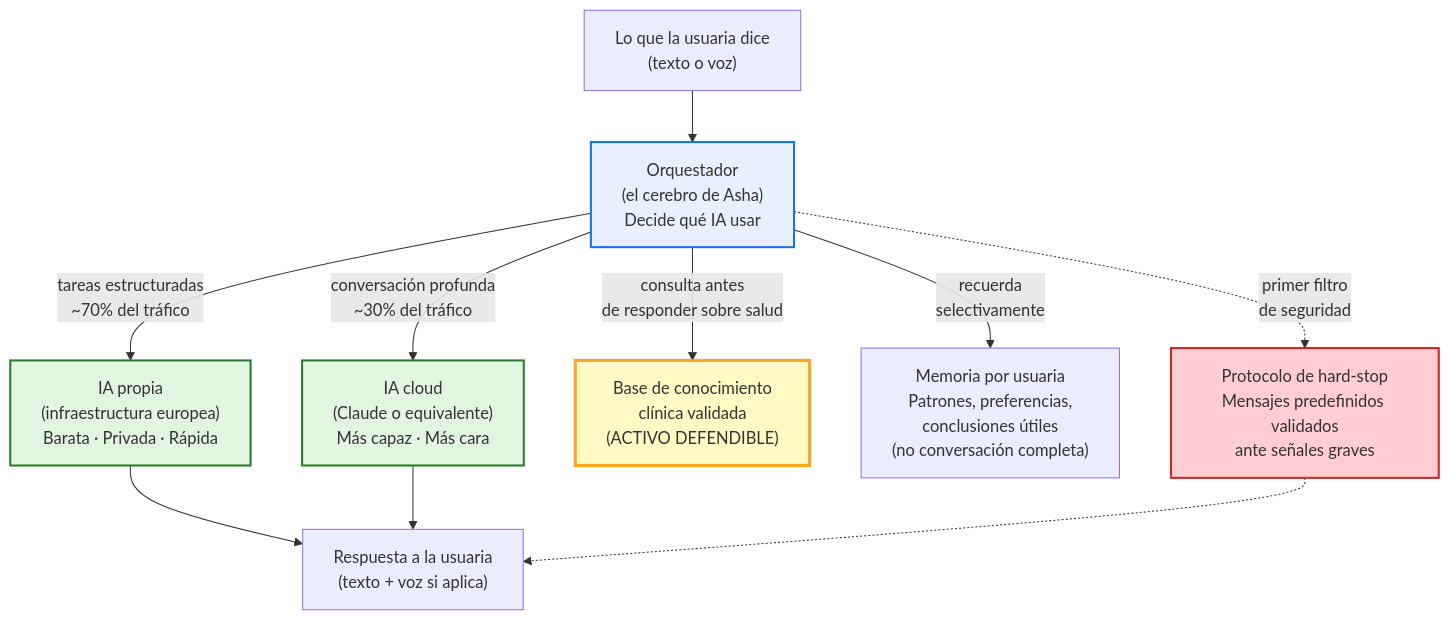
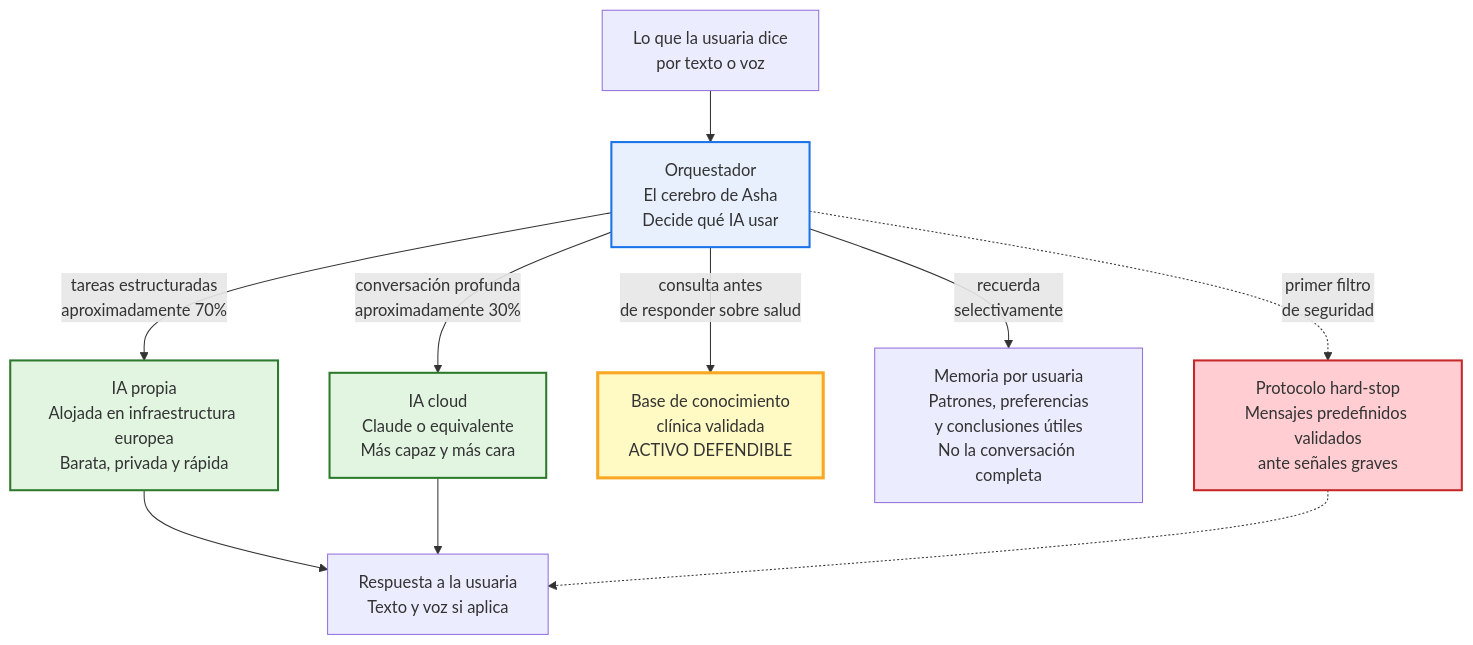
The second of 2 diagrams in docs/delivery/arquitectura-resumen-ejecutivo.md (asantolaria/Itabey), drawn with Mermaid before and after one commit. The commit also changed other lines of this file and 3 other files, not shown here.

````diff
--- a/docs/delivery/arquitectura-resumen-ejecutivo.md
+++ b/docs/delivery/arquitectura-resumen-ejecutivo.md
@@ -75,24 +75,24 @@
 ```mermaid
 flowchart TB
-    Input["Lo que la usuaria dice<br/>(texto o voz)"] --> Orch["Orquestador<br/>(el cerebro de Asha)<br/>Decide qué IA usar"]
+    Input["Lo que la usuaria dice<br/>por texto o voz"] --> Orch["Orquestador<br/>El cerebro de Asha<br/>Decide qué IA usar"]
 
-    Orch -->|tareas estructuradas<br/>~70% del tráfico| Local["IA propia<br/>(infraestructura europea)<br/>Barata · Privada · Rápida"]
+    Orch -->|tareas estructuradas<br/>aproximadamente 70%| Local["IA propia<br/>Alojada en infraestructura europea<br/>Barata, privada y rápida"]
 
-    Orch -->|conversación profunda<br/>~30% del tráfico| Cloud["IA cloud<br/>(Claude o equivalente)<br/>Más capaz · Más cara"]
+    Orch -->|conversación profunda<br/>aproximadamente 30%| Cloud["IA cloud<br/>Claude o equivalente<br/>Más capaz y más cara"]
 
-    Orch -->|consulta antes<br/>de responder sobre salud| KB["Base de conocimiento<br/>clínica validada<br/>(ACTIVO DEFENDIBLE)"]
+    Orch -->|consulta antes<br/>de responder sobre salud| KB["Base de conocimiento<br/>clínica validada<br/>ACTIVO DEFENDIBLE"]
 
-    Orch -->|recuerda<br/>selectivamente| Memory["Memoria por usuaria<br/>Patrones, preferencias,<br/>conclusiones útiles<br/>(no conversación completa)"]
+    Orch -->|recuerda<br/>selectivamente| Memory["Memoria por usuaria<br/>Patrones, preferencias<br/>y conclusiones útiles<br/>No la conversación completa"]
 
-    Orch -.->|primer filtro<br/>de seguridad| HardStop["Protocolo de hard-stop<br/>Mensajes predefinidos validados<br/>ante señales graves"]
+    Orch -.->|primer filtro<br/>de seguridad| HardStop["Protocolo hard-stop<br/>Mensajes predefinidos validados<br/>ante señales graves"]
 
-    Local --> Response["Respuesta a la usuaria<br/>(texto + voz si aplica)"]
+    Local --> Response["Respuesta a la usuaria<br/>Texto y voz si aplica"]
     Cloud --> Response
     HardStop -.-> Response
 
     style KB fill:#fff9c4,stroke:#f9a825,stroke-width:3px
     style Orch fill:#e8f0fe,stroke:#1a73e8,stroke-width:2px
     style Local fill:#e1f5e1,stroke:#2d7a2d,stroke-width:2px
     style Cloud fill:#e1f5e1,stroke:#2d7a2d,stroke-width:2px
     style HardStop fill:#ffcdd2,stroke:#c62828,stroke-width:2px
 ```
````
